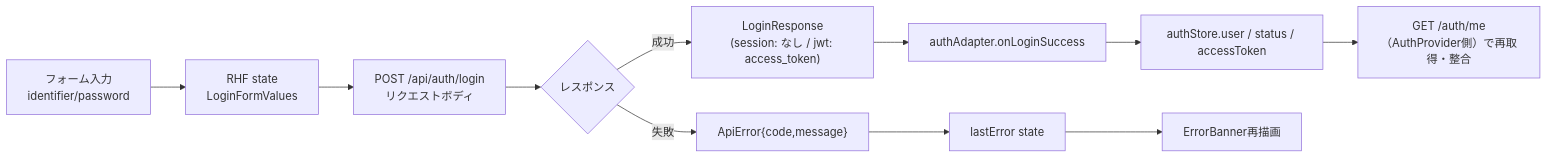
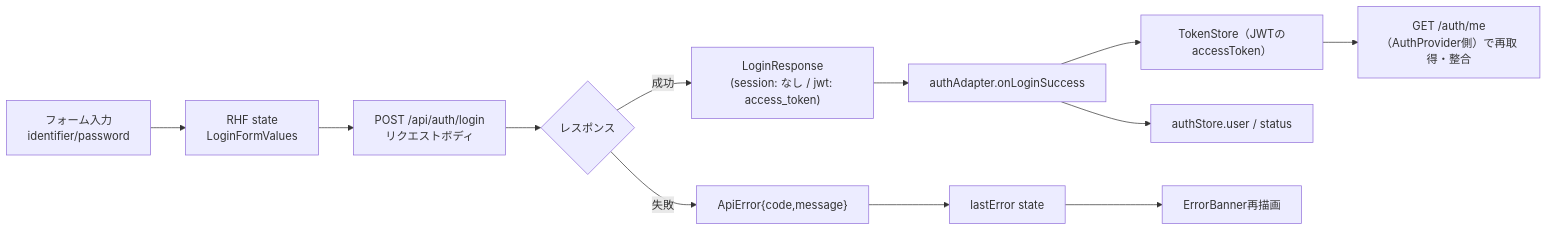
Before and after one commit to oikawa-d/task_management: the sixth of 6 diagrams in docs/detailed_design/screen/01_login.md, drawn with Mermaid. The commit also changed other lines of this file and 12 other files, not shown here.

````diff
--- a/docs/detailed_design/screen/01_login.md
+++ b/docs/detailed_design/screen/01_login.md
@@ -259,13 +259,14 @@
 ```mermaid
 flowchart LR
     A["フォーム入力<br/>identifier/password"] --> B["RHF state<br/>LoginFormValues"]
     B --> C["POST /api/auth/login<br/>リクエストボディ"]
     C --> D{"レスポンス"}
     D -->|"成功"| E["LoginResponse<br/>(session: なし / jwt: access_token)"]
     E --> F["authAdapter.onLoginSuccess"]
-    F --> G["authStore.user / status / accessToken"]
-    G --> H["GET /auth/me（AuthProvider側）で再取得・整合"]
+    F --> G["TokenStore（JWTのaccessToken）"]
+    F --> H["authStore.user / status"]
+    G --> L["GET /auth/me（AuthProvider側）で再取得・整合"]
     D -->|"失敗"| I["ApiError{code,message}"]
     I --> J["lastError state"]
     J --> K["ErrorBanner再描画"]
 ```
````
